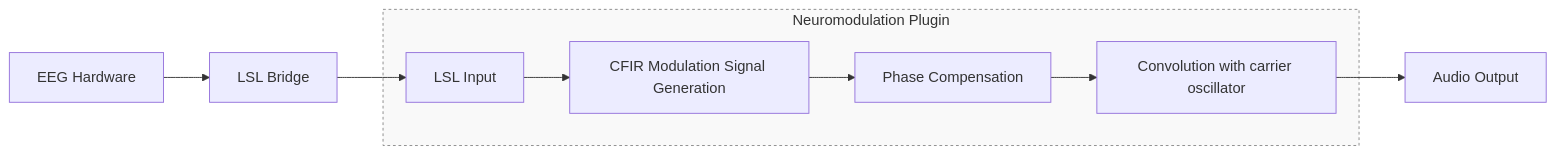
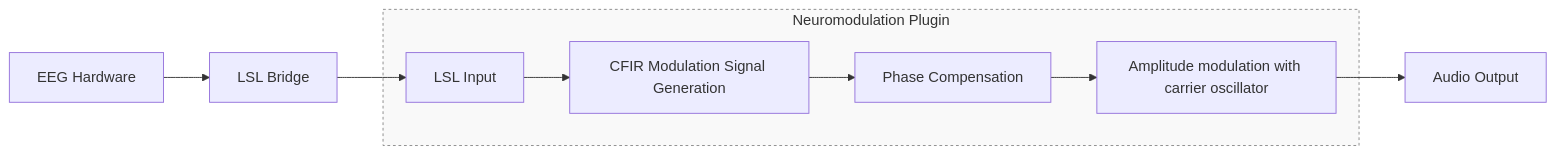
One commit to Sol455/audio_neuro_mod changed the first of 2 diagrams in README.md. Above: the diagram before and after it, drawn with Mermaid. The commit also changed other lines of this file and 2 other files, not shown here.

````diff
--- a/README.md
+++ b/README.md
@@ -20,13 +34,13 @@
 ```mermaid
 graph LR
     A[EEG Hardware] --> B[LSL Bridge]
     B --> D[LSL Input]
 
     subgraph C[Neuromodulation Plugin]
         style C fill:#f9f9f9,stroke:#888,stroke-dasharray: 3 3
         D --> E[CFIR Modulation Signal Generation]
         E --> F[Phase Compensation]
-        F --> G[Convolution with carrier oscillator]
+        F --> G[Amplitude modulation with carrier oscillator]
     end
     G --> H[Audio Output]
 ```
````
